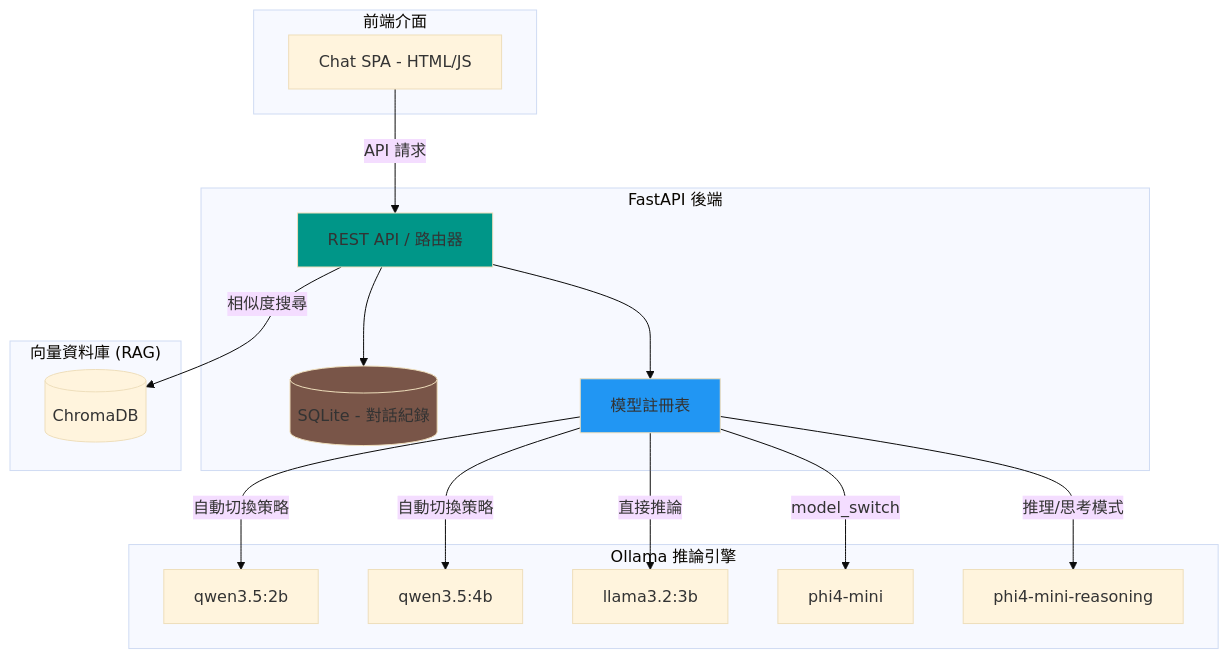
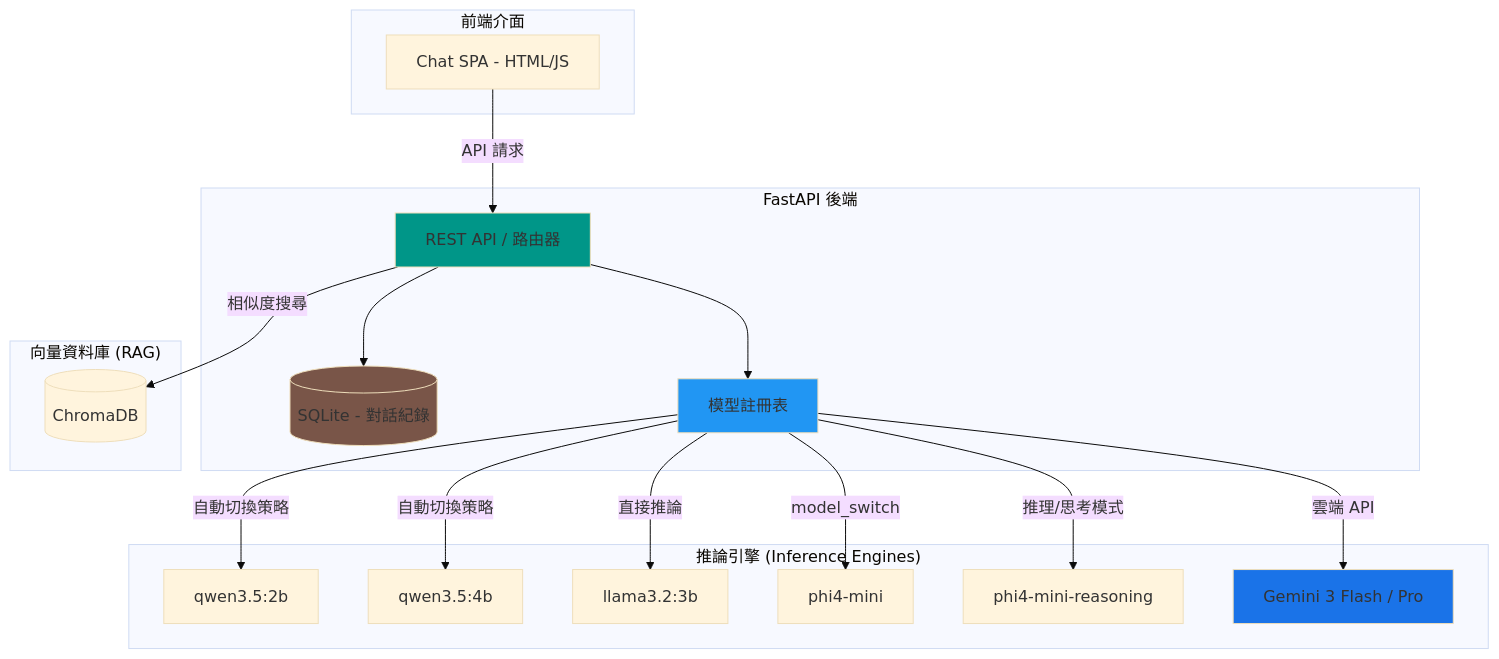
One commit to mile-chang/rag-kura changed the diagram in README.zh-TW.md. Above: the diagram before and after it, drawn with Mermaid (base theme). The commit also changed other lines of this file and 2 other files, not shown here.

Commit message:
docs: update READMEs with Gemini API integration details

````diff
--- a/README.zh-TW.md
+++ b/README.zh-TW.md
@@ -40,38 +41,41 @@
 ```mermaid
 graph TB
     subgraph "前端介面"
         UI[Chat SPA - HTML/JS]
     end
 
     subgraph "FastAPI 後端"
         ROUTER[REST API / 路由器]
         DB[(SQLite - 對話紀錄)]
         REG[模型註冊表]
     end
 
     subgraph "向量資料庫 (RAG)"
         CHROMA[(ChromaDB)]
     end
 
-    subgraph "Ollama 推論引擎"
+    subgraph "推論引擎 (Inference Engines)"
         Q2[qwen3.5:2b]
         Q4[qwen3.5:4b]
         L3[llama3.2:3b]
         P4[phi4-mini]
         P4R[phi4-mini-reasoning]
+        GEM[Gemini 3 Flash / Pro]
     end
 
     UI -->|API 請求| ROUTER
     ROUTER --> DB
     ROUTER -->|相似度搜尋| CHROMA
     ROUTER --> REG
     REG -->|自動切換策略| Q2
     REG -->|自動切換策略| Q4
     REG -->|直接推論| L3
     REG -->|model_switch| P4
     REG -->|推理/思考模式| P4R
+    REG -->|雲端 API| GEM
 
     style ROUTER fill:#009688
     style DB fill:#795548
     style REG fill:#2196F3
+    style GEM fill:#1A73E8
 ```
````
